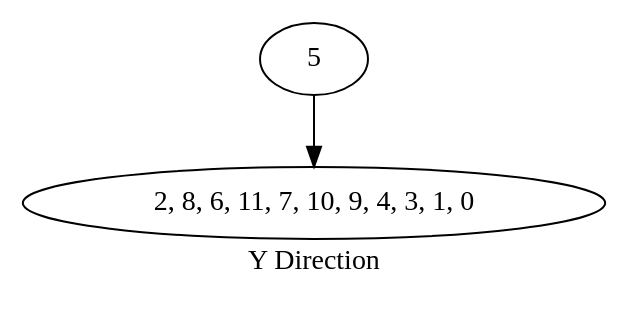
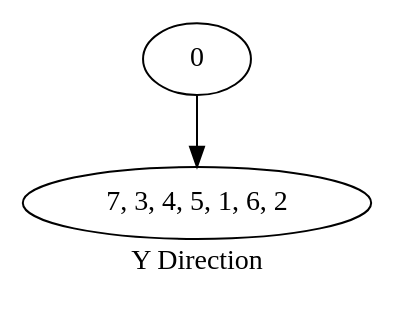
The diagram in cmake-build-release/tmp_1.dot (KIKI007/FrameInterlock), drawn with Graphviz before and after one commit. The commit also changed 18 other files, not shown here.

```diff
--- a/cmake-build-release/tmp_1.dot
+++ b/cmake-build-release/tmp_1.dot
@@ -1,3 +1,3 @@
 digraph {
-label="Y Direction"5 -> "2, 8, 6, 11, 7, 10, 9, 4, 3, 1, 0"
+label="Y Direction"0 -> "7, 3, 4, 5, 1, 6, 2"
 }
```
